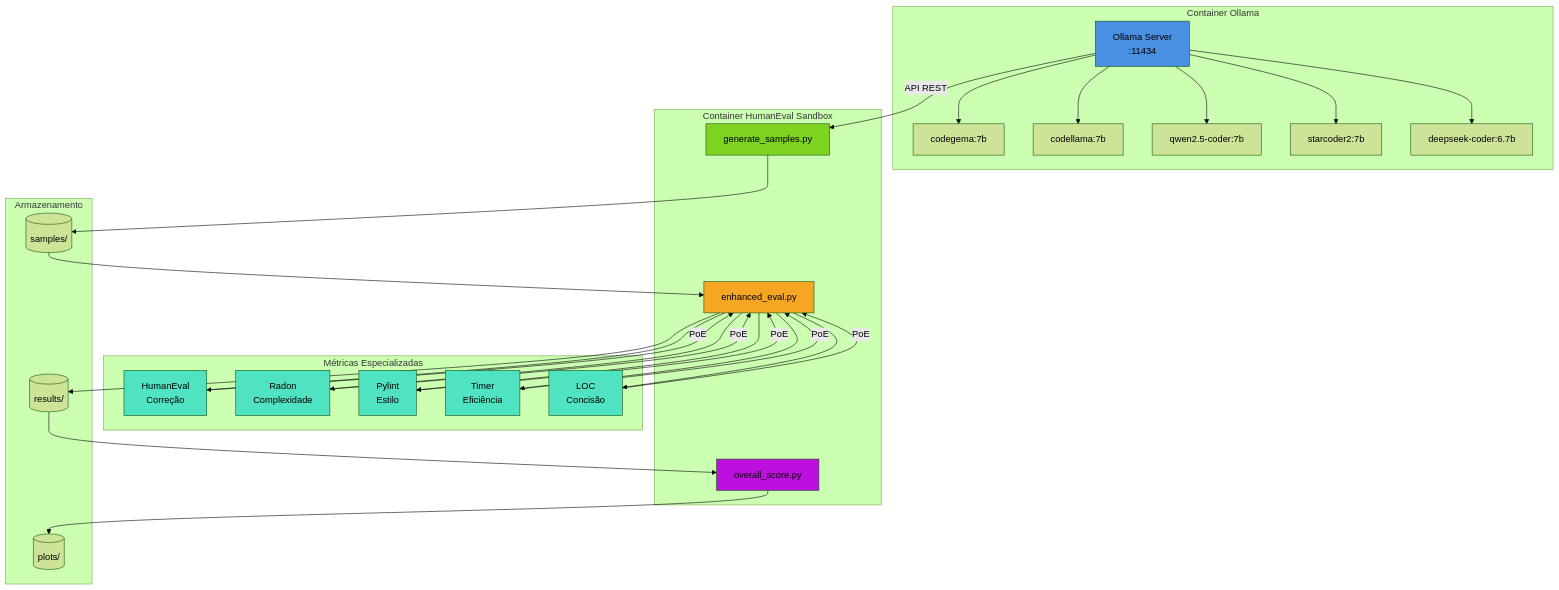
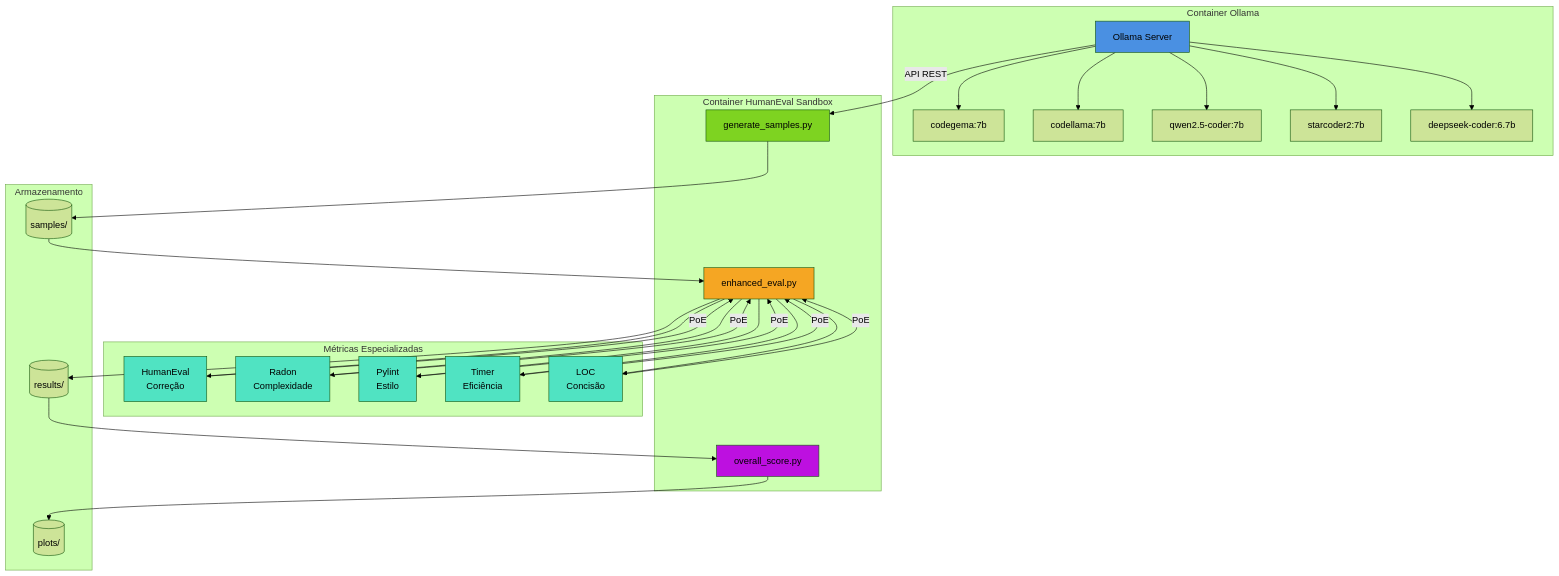
One commit to tcc-inatel-2025/PoE-Evaluation changed the first of 2 diagrams in README.md. Above: the diagram before and after it, drawn with Mermaid (forest theme).

Commit message:
Fix formatting in README.md for Ollama Server

````diff
--- a/README.md
+++ b/README.md
@@ -59,52 +59,52 @@
 ```mermaid
 graph TB
     subgraph "Container Ollama"
-        A[Ollama Server<br/>:11434]
+        A[Ollama Server]
         A1[codegema:7b]
         A2[codellama:7b]
         A3[qwen2.5-coder:7b]
         A4[starcoder2:7b]
         A5[deepseek-coder:6.7b]
         A --> A1 & A2 & A3 & A4 & A5
     end
     
     subgraph "Container HumanEval Sandbox"
         B[generate_samples.py]
         C[enhanced_eval.py]
         D[overall_score.py]
     end
     
     subgraph "Métricas Especializadas"
         E1[HumanEval<br/>Correção]
         E2[Radon<br/>Complexidade]
         E3[Pylint<br/>Estilo]
         E4[Timer<br/>Eficiência]
         E5[LOC<br/>Concisão]
     end
     
     subgraph "Armazenamento"
         F1[(samples/)]
         F2[(results/)]
         F3[(plots/)]
     end
     
     A -->|API REST| B
     B --> F1
     F1 --> C
     C --> E1 & E2 & E3 & E4 & E5
     E1 & E2 & E3 & E4 & E5 -->|PoE| C
     C --> F2
     F2 --> D
     D --> F3
     
     %% Estilos das caixas com texto preto
     style A fill:#4A90E2, color:#000
     style B fill:#7ED321, color:#000
     style C fill:#F5A623, color:#000
     style D fill:#BD10E0, color:#000
     style E1 fill:#50E3C2, color:#000
     style E2 fill:#50E3C2, color:#000
     style E3 fill:#50E3C2, color:#000
     style E4 fill:#50E3C2, color:#000
     style E5 fill:#50E3C2, color:#000
 ```
````
